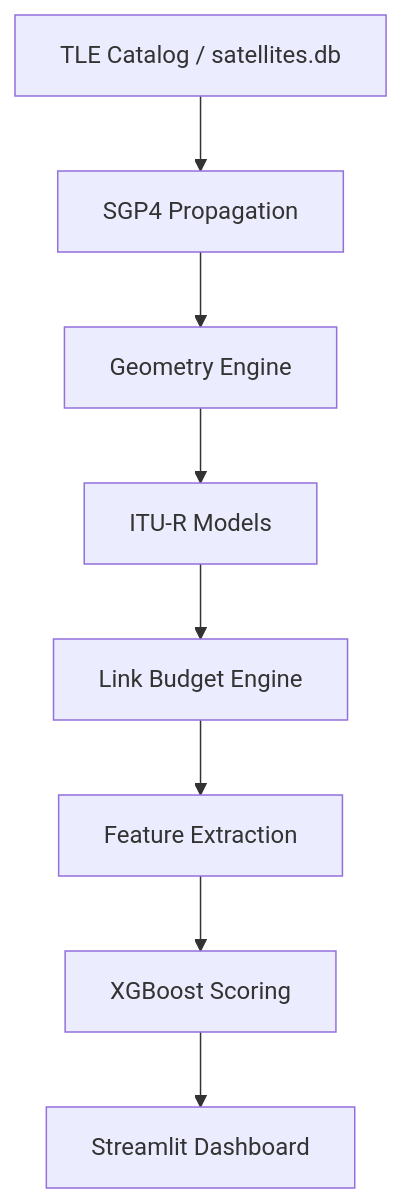
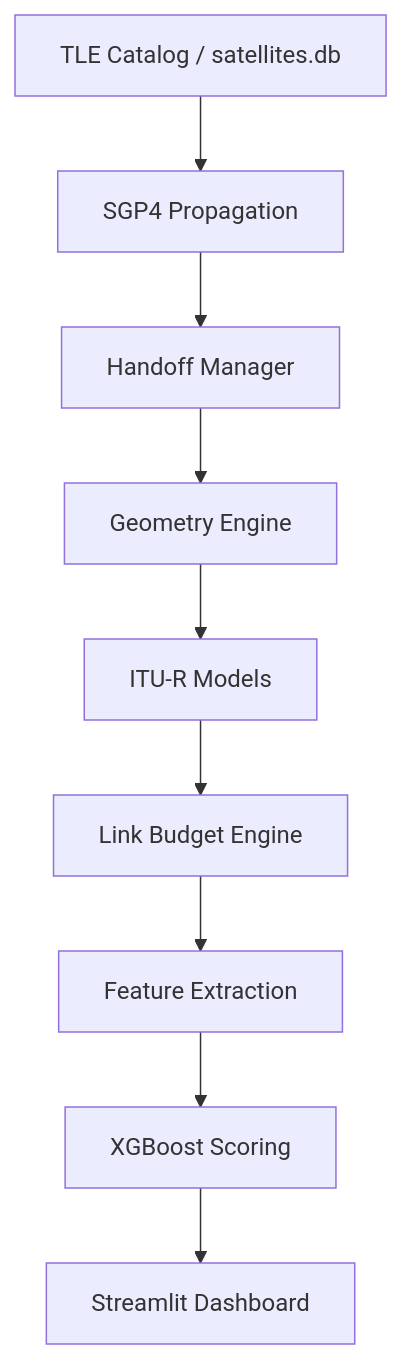
The diagram in docs/architecture.md (saksham10arora-dotcom/satlinksim-api), drawn with Mermaid before and after one commit. The commit also changed other lines of this file, not shown here.

Commit message:
updated architecture doc for satellite constellation architectute

````diff
--- a/docs/architecture.md
+++ b/docs/architecture.md
@@ -7,10 +7,11 @@
 ```mermaid
 graph TD
     A[TLE Catalog / satellites.db] --> B[SGP4 Propagation]
-    B --> C[Geometry Engine]
-    C --> D[ITU-R Models]
-    D --> E[Link Budget Engine]
-    E --> F[Feature Extraction]
-    F --> G[XGBoost Scoring]
-    G --> H[Streamlit Dashboard]
+    B --> C[Handoff Manager]
+    C --> D[Geometry Engine]
+    D --> E[ITU-R Models]
+    E --> F[Link Budget Engine]
+    F --> G[Feature Extraction]
+    G --> H[XGBoost Scoring]
+    H --> I[Streamlit Dashboard]
 ```
````
